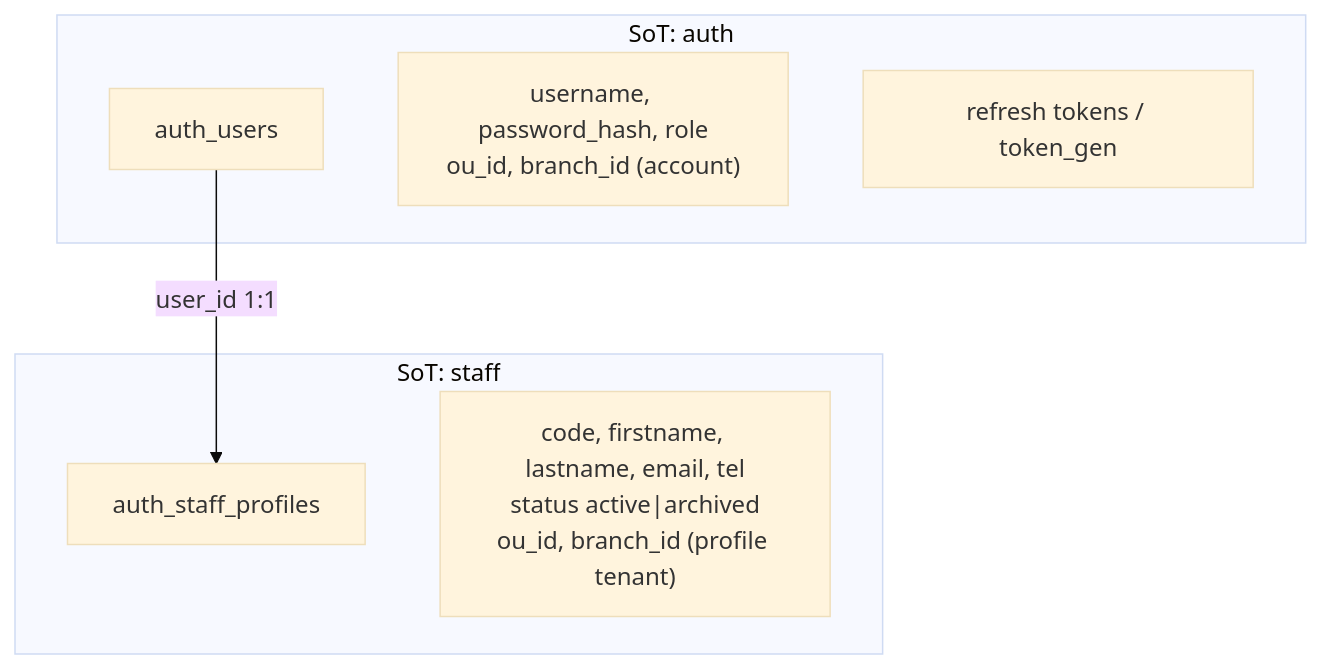
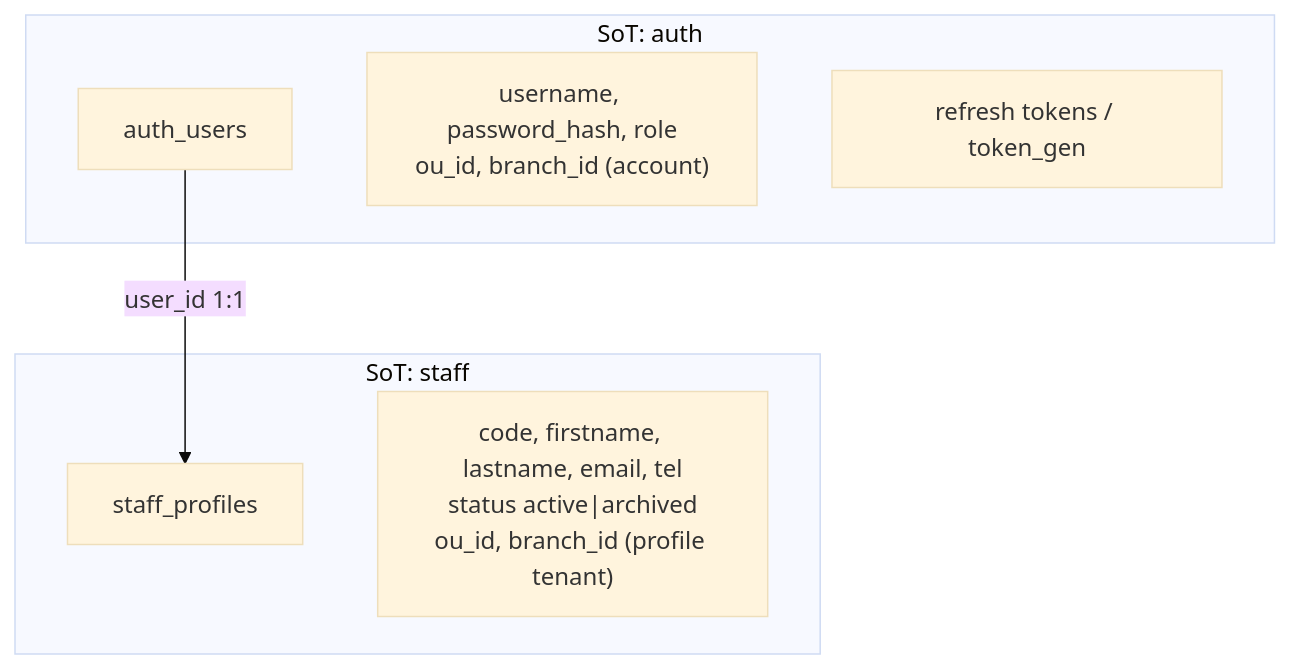
Before and after one commit to santanapol/ai-agent-template: the second of 8 diagrams in backend/service/staff/docs/business-domain.md, drawn with Mermaid (base theme). The commit also changed other lines of this file and 303 other files, not shown here.

````diff
--- a/backend/service/staff/docs/business-domain.md
+++ b/backend/service/staff/docs/business-domain.md
@@ -63,13 +63,13 @@
 ```mermaid
 flowchart TB
   subgraph auth_sot [SoT: auth]
     U[auth_users]
     U_fields["username, password_hash, role<br/>ou_id, branch_id (account)"]
     TOKENS[refresh tokens / token_gen]
   end
   subgraph staff_sot [SoT: staff]
-    P[auth_staff_profiles]
+    P[staff_profiles]
     P_fields["code, firstname, lastname, email, tel<br/>status active|archived<br/>ou_id, branch_id (profile tenant)"]
   end
   U -->|user_id 1:1| P
 ```
````
